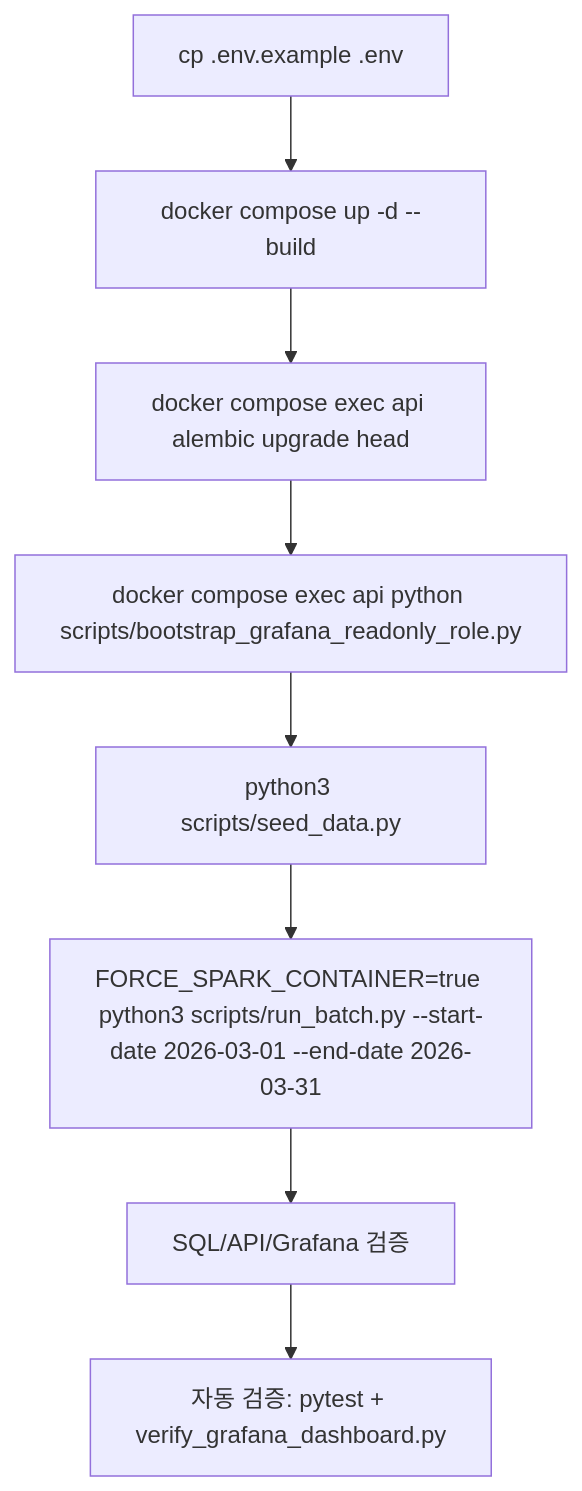
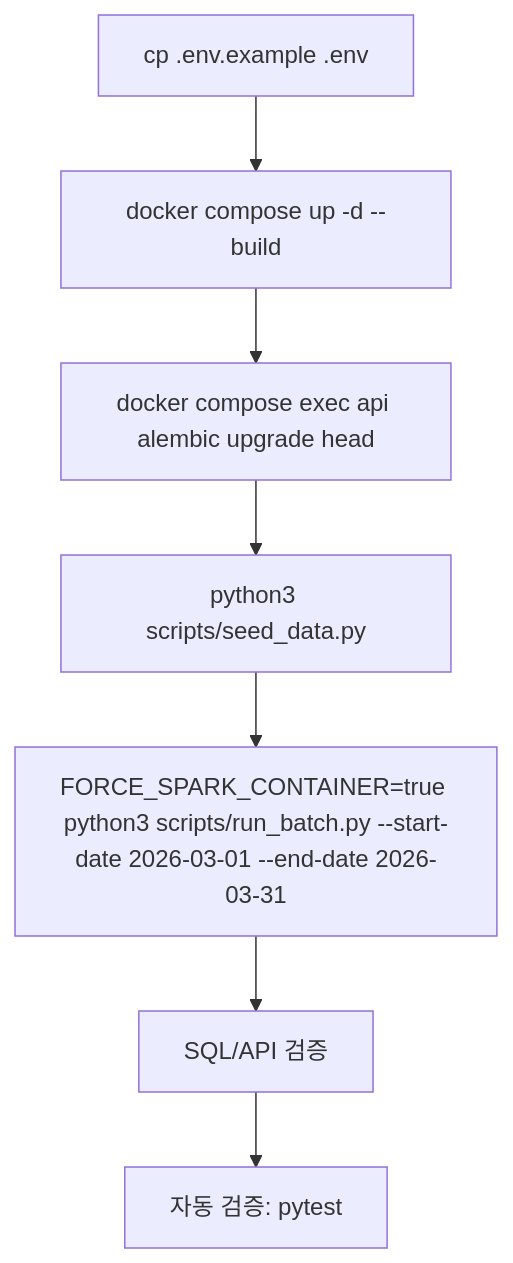
One commit to luke0408/pyspart-test changed the second of 2 diagrams in docs/structure.md. Above: the diagram before and after it, drawn with Mermaid. The commit also changed other lines of this file and 13 other files, not shown here.

````diff
--- a/docs/structure.md
+++ b/docs/structure.md
@@ -59,10 +55,9 @@
 ```mermaid
 flowchart TD
   A[cp .env.example .env] --> B[docker compose up -d --build]
   B --> C[docker compose exec api alembic upgrade head]
-  C --> D[docker compose exec api python scripts/bootstrap_grafana_readonly_role.py]
-  D --> E[python3 scripts/seed_data.py]
-  E --> F[FORCE_SPARK_CONTAINER=true python3 scripts/run_batch.py --start-date 2026-03-01 --end-date 2026-03-31]
-  F --> G[SQL/API/Grafana 검증]
-  G --> H[자동 검증: pytest + verify_grafana_dashboard.py]
+  C --> D[python3 scripts/seed_data.py]
+  D --> E[FORCE_SPARK_CONTAINER=true python3 scripts/run_batch.py --start-date 2026-03-01 --end-date 2026-03-31]
+  E --> F[SQL/API 검증]
+  F --> G[자동 검증: pytest]
 ```
````
